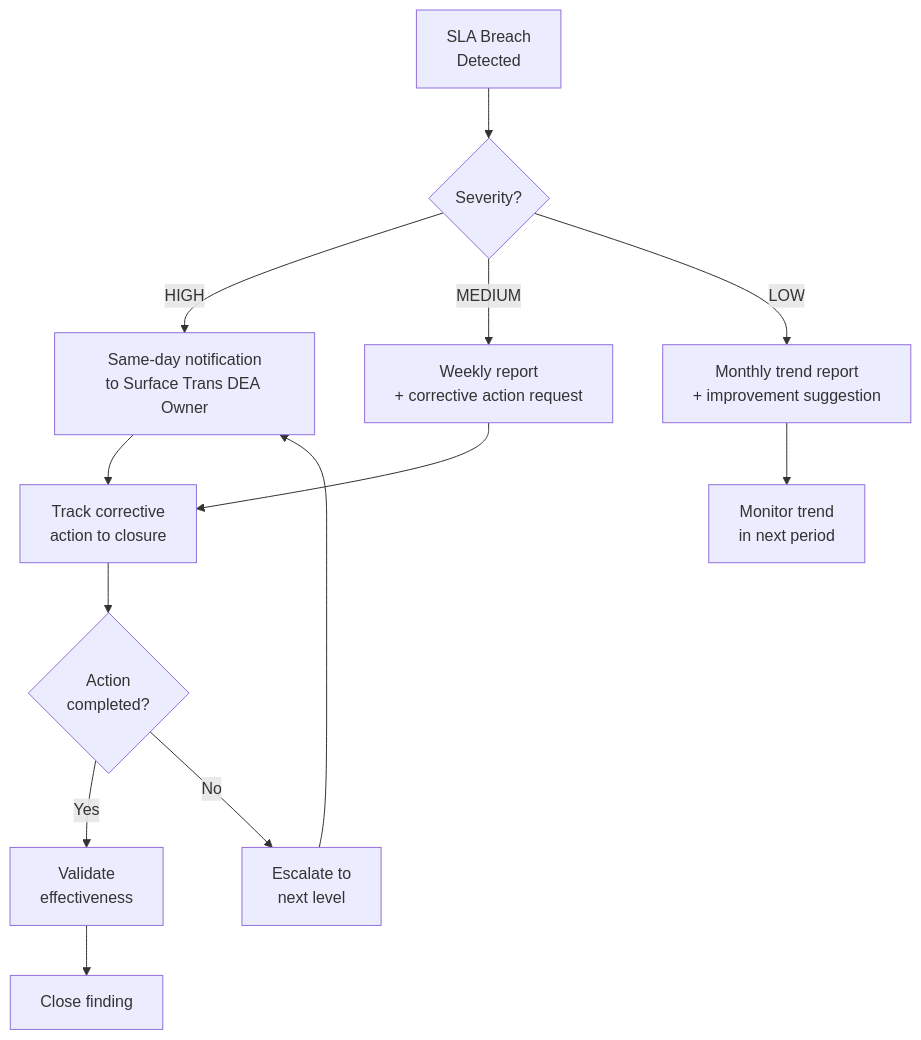
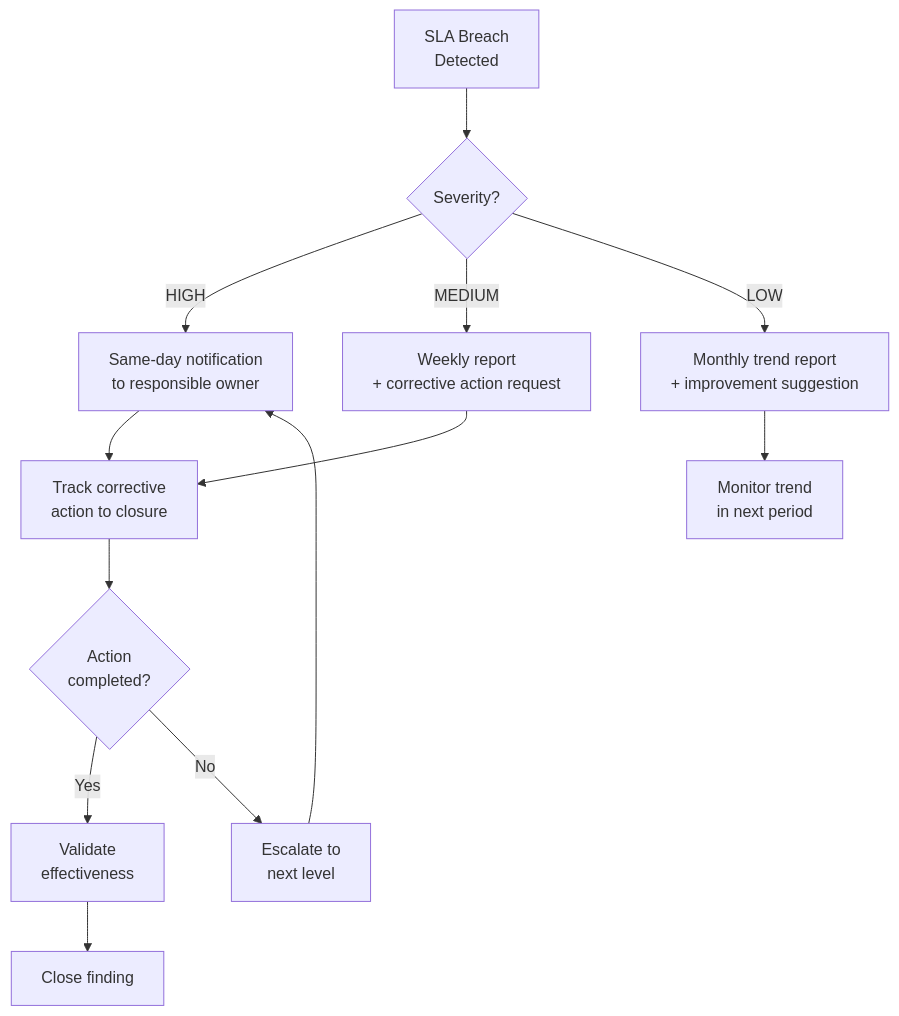
One commit to bladijm-design/operations-audit-portfolio changed the second of 2 diagrams in 03-vendor-compliance-framework/README.md. Above: the diagram before and after it, drawn with Mermaid. The commit also changed other lines of this file and 6 other files, not shown here.

````diff
--- a/03-vendor-compliance-framework/README.md
+++ b/03-vendor-compliance-framework/README.md
@@ -84,15 +84,15 @@
 ```mermaid
 graph TD
     A[SLA Breach<br/>Detected] --> B{Severity?}
-    B -->|HIGH| C[Same-day notification<br/>to Surface Trans DEA Owner]
+    B -->|HIGH| C[Same-day notification<br/>to responsible owner]
     B -->|MEDIUM| D[Weekly report<br/>+ corrective action request]
     B -->|LOW| E[Monthly trend report<br/>+ improvement suggestion]
     C --> F[Track corrective<br/>action to closure]
     D --> F
     E --> G[Monitor trend<br/>in next period]
     F --> H{Action<br/>completed?}
     H -->|Yes| I[Validate<br/>effectiveness]
     H -->|No| J[Escalate to<br/>next level]
     I --> K[Close finding]
     J --> C
 ```
````
